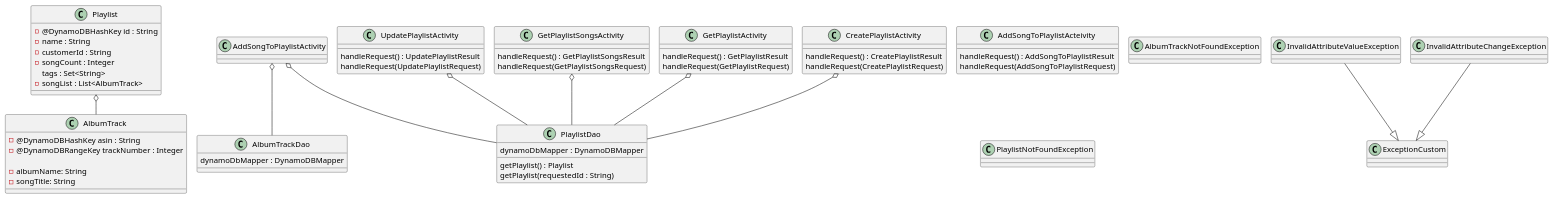
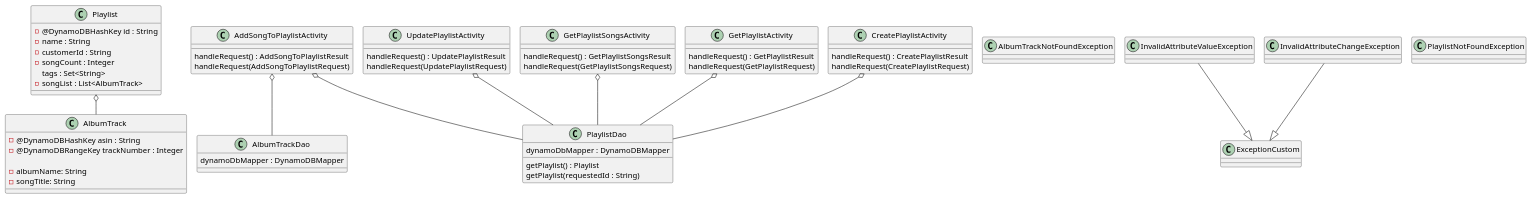
The diagram in src/resources/mastery-task1-music-playlist-CD.puml (gititjordan/music-playlist-service), drawn with PlantUML before and after one commit.

```diff
--- a/src/resources/mastery-task1-music-playlist-CD.puml
+++ b/src/resources/mastery-task1-music-playlist-CD.puml
@@ -1,92 +1,92 @@
 @startuml
 !pragma layout smetana
 
 class AlbumTrack {
 -@DynamoDBHashKey asin : String
 -@DynamoDBRangeKey trackNumber : Integer
 
 - albumName: String
 - songTitle: String
 }
 
 class AlbumTrackDao {
 dynamoDbMapper : DynamoDBMapper
 }
 
 class Playlist {
 -@DynamoDBHashKey id : String
 -name : String
 -customerId : String
 -songCount : Integer
 tags : Set<String>
 -songList : List<AlbumTrack>
 }
 
 class PlaylistDao {
 dynamoDbMapper : DynamoDBMapper
 getPlaylist() : Playlist
 getPlaylist(requestedId : String)
 }
 
 class UpdatePlaylistActivity {
 handleRequest() : UpdatePlaylistResult
 handleRequest(UpdatePlaylistRequest)
 }
 
 class GetPlaylistSongsActivity {
 handleRequest() : GetPlaylistSongsResult
 handleRequest(GetPlaylistSongsRequest)
 }
 
 class GetPlaylistActivity {
 handleRequest() : GetPlaylistResult
 handleRequest(GetPlaylistRequest)
 }
 
 class CreatePlaylistActivity {
 handleRequest() : CreatePlaylistResult
 handleRequest(CreatePlaylistRequest)
 }
 
-class AddSongToPlaylistActeivity {
+class AddSongToPlaylistActivity {
 handleRequest() : AddSongToPlaylistResult
 handleRequest(AddSongToPlaylistRequest)
 }
 
 class AlbumTrackNotFoundException {
 
 }
 
 class InvalidAttributeValueException {
 
 }
 
 class PlaylistNotFoundException {
 
 }
 
 class InvalidAttributeChangeException {
 
 }
 
 class ExceptionCustom {
 
 }
 
  InvalidAttributeChangeException  --|> ExceptionCustom
  InvalidAttributeValueException --|> ExceptionCustom
 
  GetPlaylistSongsActivity o-- PlaylistDao
  AddSongToPlaylistActivity o-- AlbumTrackDao
  CreatePlaylistActivity o-- PlaylistDao
  AddSongToPlaylistActivity o-- PlaylistDao
  GetPlaylistActivity o-- PlaylistDao
  UpdatePlaylistActivity o-- PlaylistDao
  Playlist o-- AlbumTrack
 
 
 
 
 
 
 @enduml
```
